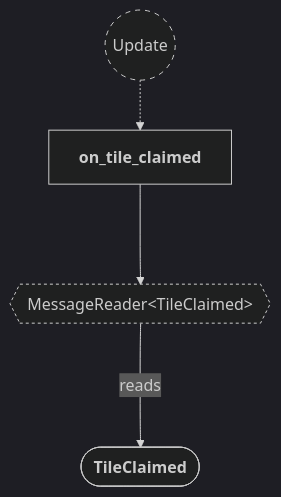
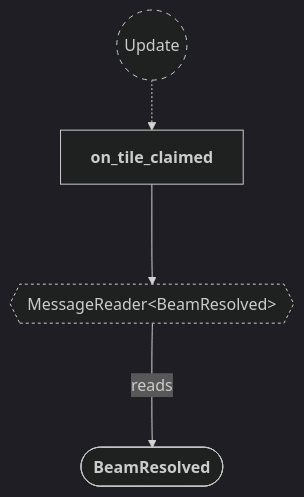
One commit to neurosoup/tyled changed the first of 5 diagrams in backlog/docs/doc-8 - 007-Claim-plugin.md. Above: the diagram before and after it, drawn with Mermaid. The commit also changed other lines of this file and 4 other files, not shown here.

Commit message:
Replace TileClaimed with BeamResolved messages

````diff
--- a/backlog/docs/doc-8 - 007-Claim-plugin.md
+++ b/backlog/docs/doc-8 - 007-Claim-plugin.md
@@ -41,22 +41,22 @@
 ```mermaid
 ---
 config:
   theme: dark
 ---
 
 flowchart TD
 classDef system-group stroke-dasharray: 5 5
 classDef reader stroke-dasharray: 3 3
 
 update(("`Update`")):::system-group
 on_tile_claimed["`**on_tile_claimed**`"]
 
 update -.-> on_tile_claimed
 
-message_reader{{"MessageReader#60;TileClaimed#62;"}}:::reader
+message_reader{{"MessageReader#60;BeamResolved#62;"}}:::reader
 on_tile_claimed ---> message_reader
 
-tile_claimed_message(["`**TileClaimed**`"])
+tile_claimed_message(["`**BeamResolved**`"])
 
 message_reader ---> |reads| tile_claimed_message
 ```
````
